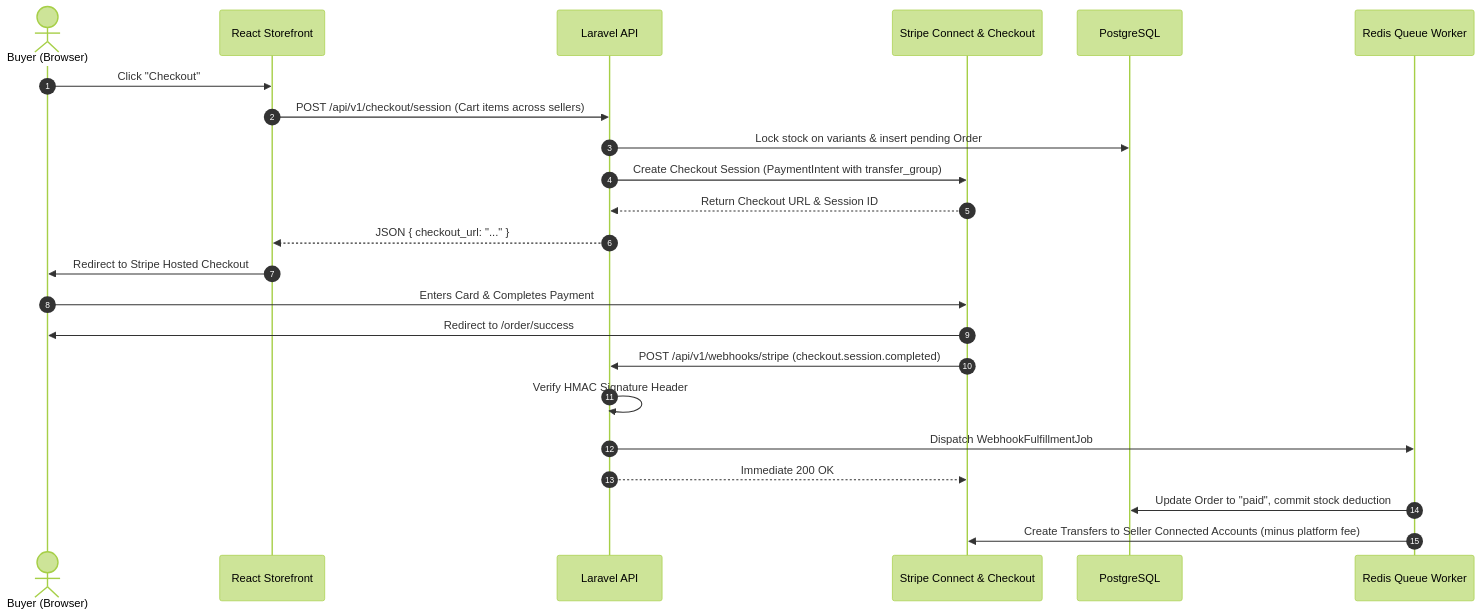
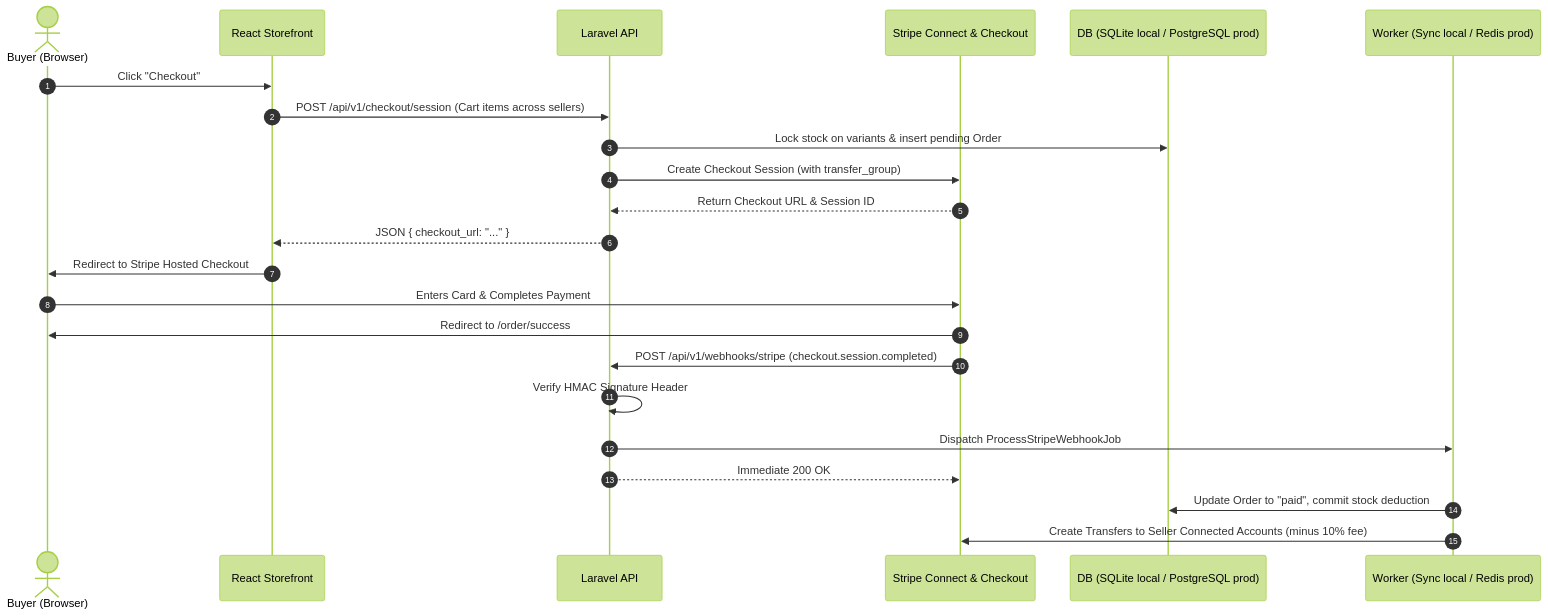
The diagram in Vault/ECOMMERCE VAULT/02 - Architecture/Payment_Pipeline.md (arvnddl18/ecommerce-backend), drawn with Mermaid (forest theme) before and after one commit. The commit also changed other lines of this file and 73 other files, not shown here.

````diff
--- a/Vault/ECOMMERCE VAULT/02 - Architecture/Payment_Pipeline.md
+++ b/Vault/ECOMMERCE VAULT/02 - Architecture/Payment_Pipeline.md
@@ -8,26 +8,26 @@
 ```mermaid
 sequenceDiagram
     autonumber
     actor Customer as Buyer (Browser)
     participant Front as React Storefront
     participant API as Laravel API
     participant Stripe as Stripe Connect & Checkout
-    participant DB as PostgreSQL
-    participant Worker as Redis Queue Worker
+    participant DB as DB (SQLite local / PostgreSQL prod)
+    participant Worker as Worker (Sync local / Redis prod)
 
     Customer->>Front: Click "Checkout"
     Front->>API: POST /api/v1/checkout/session (Cart items across sellers)
     API->>DB: Lock stock on variants & insert pending Order
-    API->>Stripe: Create Checkout Session (PaymentIntent with transfer_group)
+    API->>Stripe: Create Checkout Session (with transfer_group)
     Stripe-->>API: Return Checkout URL & Session ID
     API-->>Front: JSON { checkout_url: "..." }
     Front->>Customer: Redirect to Stripe Hosted Checkout
     Customer->>Stripe: Enters Card & Completes Payment
     Stripe->>Customer: Redirect to /order/success
     Stripe->>API: POST /api/v1/webhooks/stripe (checkout.session.completed)
     API->>API: Verify HMAC Signature Header
-    API->>Worker: Dispatch WebhookFulfillmentJob
+    API->>Worker: Dispatch ProcessStripeWebhookJob
     API-->>Stripe: Immediate 200 OK
     Worker->>DB: Update Order to "paid", commit stock deduction
-    Worker->>Stripe: Create Transfers to Seller Connected Accounts (minus platform fee)
+    Worker->>Stripe: Create Transfers to Seller Connected Accounts (minus 10% fee)
 ```
````
